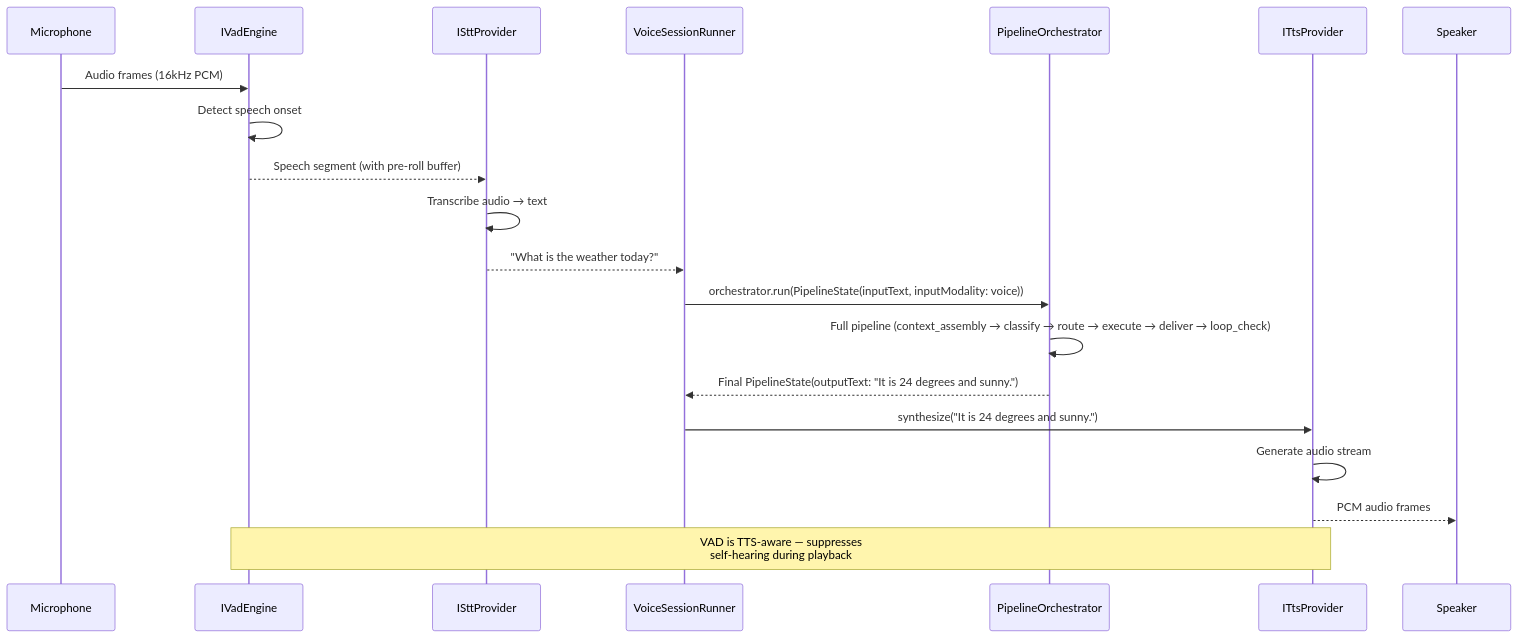
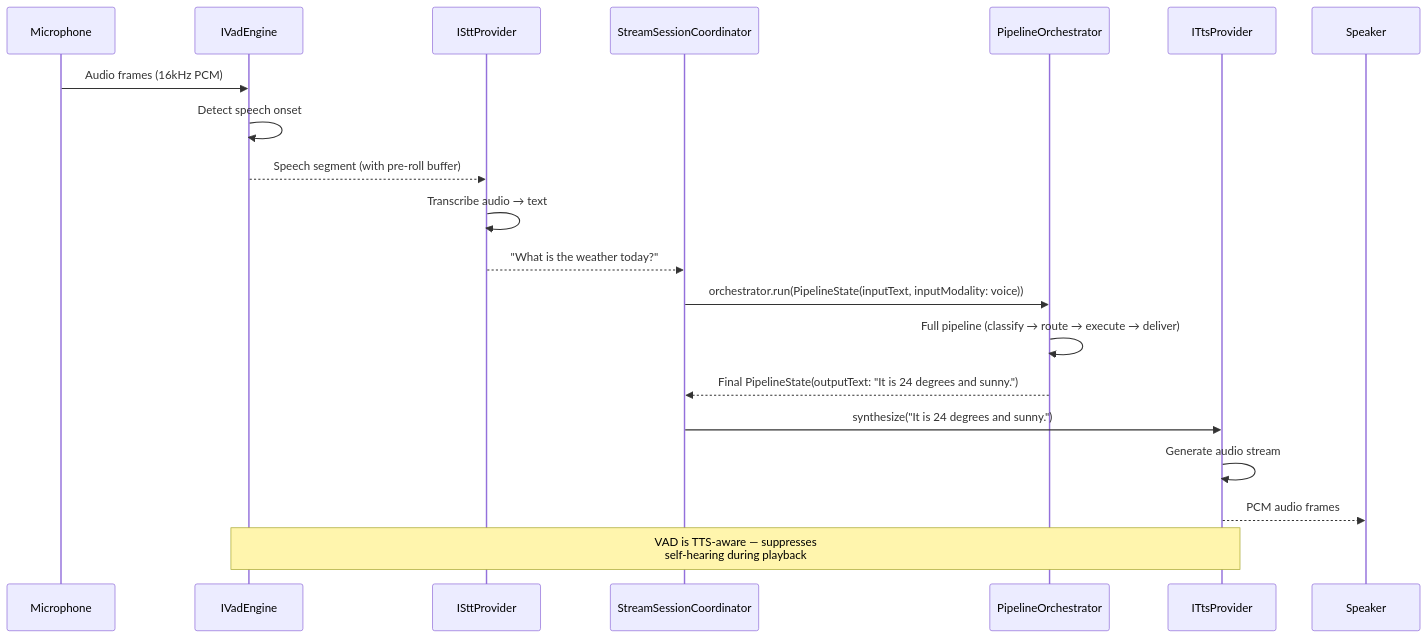
Before and after one commit to schatt-qwr/humbl-doc: the second of 5 diagrams in docs/architecture/data-flow.md, drawn with Mermaid. The commit also changed other lines of this file and 15 other files, not shown here.

````diff
--- a/docs/architecture/data-flow.md
+++ b/docs/architecture/data-flow.md
@@ -136,27 +119,27 @@
 ```mermaid
 sequenceDiagram
     participant Mic as Microphone
     participant VAD as IVadEngine
     participant STT as ISttProvider
-    participant VSR as VoiceSessionRunner
+    participant SSC as StreamSessionCoordinator
     participant Pipe as PipelineOrchestrator
     participant TTS as ITtsProvider
     participant Spk as Speaker
 
     Mic->>VAD: Audio frames (16kHz PCM)
     VAD->>VAD: Detect speech onset
     VAD-->>STT: Speech segment (with pre-roll buffer)
 
     STT->>STT: Transcribe audio → text
-    STT-->>VSR: "What is the weather today?"
+    STT-->>SSC: "What is the weather today?"
 
-    VSR->>Pipe: orchestrator.run(PipelineState(inputText, inputModality: voice))
-    Pipe->>Pipe: Full pipeline (context_assembly → classify → route → execute → deliver → loop_check)
-    Pipe-->>VSR: Final PipelineState(outputText: "It is 24 degrees and sunny.")
+    SSC->>Pipe: orchestrator.run(PipelineState(inputText, inputModality: voice))
+    Pipe->>Pipe: Full pipeline (classify → route → execute → deliver)
+    Pipe-->>SSC: Final PipelineState(outputText: "It is 24 degrees and sunny.")
 
-    VSR->>TTS: synthesize("It is 24 degrees and sunny.")
+    SSC->>TTS: synthesize("It is 24 degrees and sunny.")
     TTS->>TTS: Generate audio stream
     TTS-->>Spk: PCM audio frames
 
     Note over VAD,TTS: VAD is TTS-aware — suppresses<br/>self-hearing during playback
 ```
````
